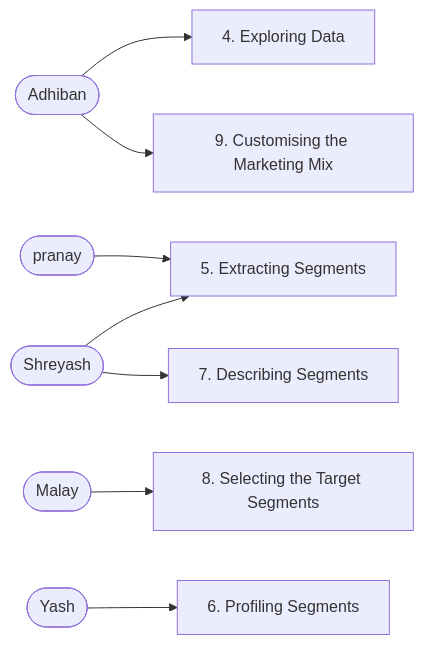
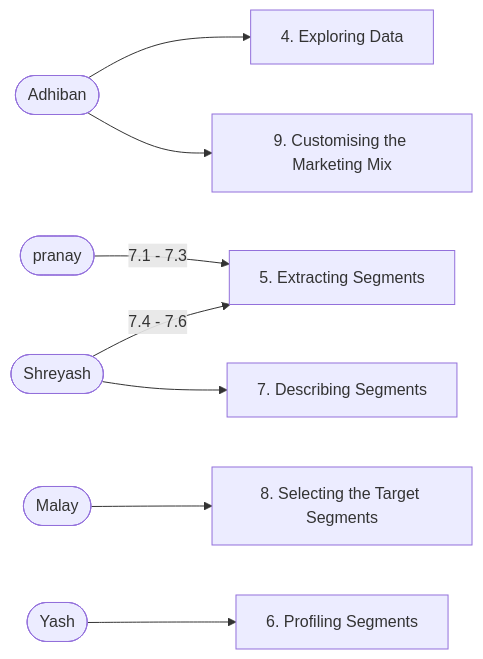
The diagram in README.md (Adhiban1/Market-Segmentation), drawn with Mermaid before and after one commit.

Commit message:
readme updated

````diff
--- a/README.md
+++ b/README.md
@@ -30,24 +30,24 @@
 ```mermaid
 flowchart LR
 
 A([Adhiban])
 K([pranay])
 M([Malay])
 S([Shreyash])
 Y([Yash])
 
 S4[4. Exploring Data]
 S5[5. Extracting Segments]
 S6[6. Profiling Segments]
 S7[7. Describing Segments]
 S8[8. Selecting the Target Segments]
 S9[9. Customising the Marketing Mix]
 
-S-->S5
+S--7.4 - 7.6-->S5
 A-->S4
-K-->S5
+K--7.1 - 7.3-->S5
 Y-->S6
 S-->S7
 M-->S8
 A-->S9
 ```
````
